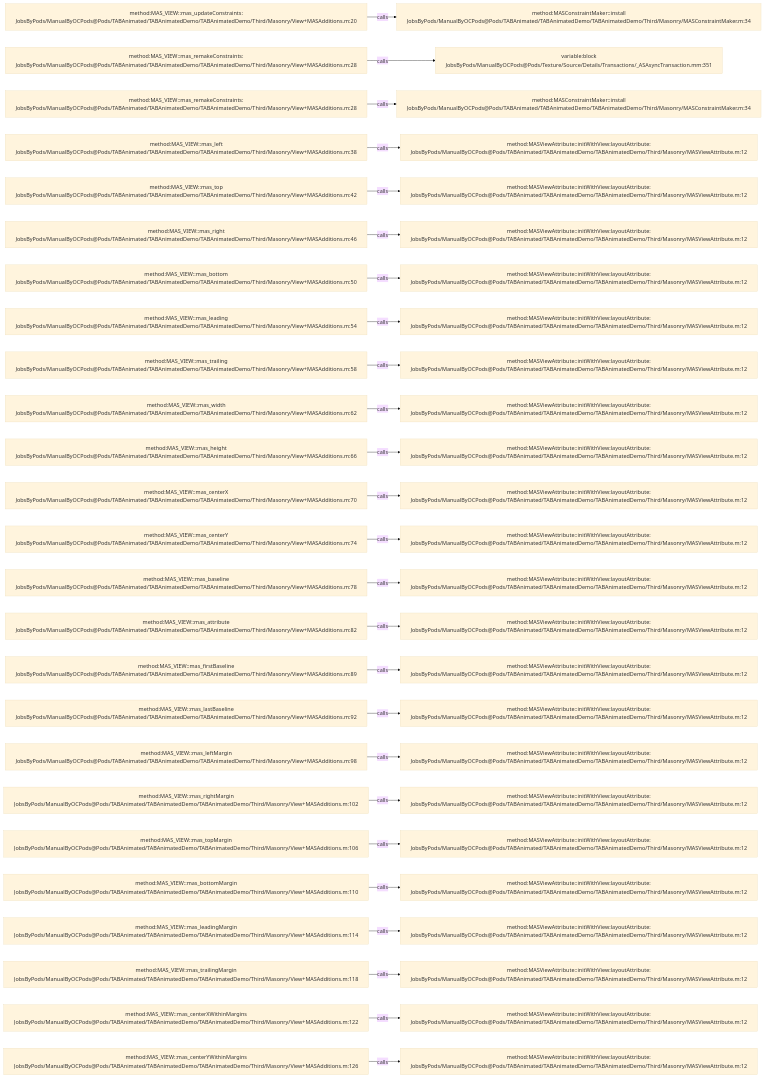
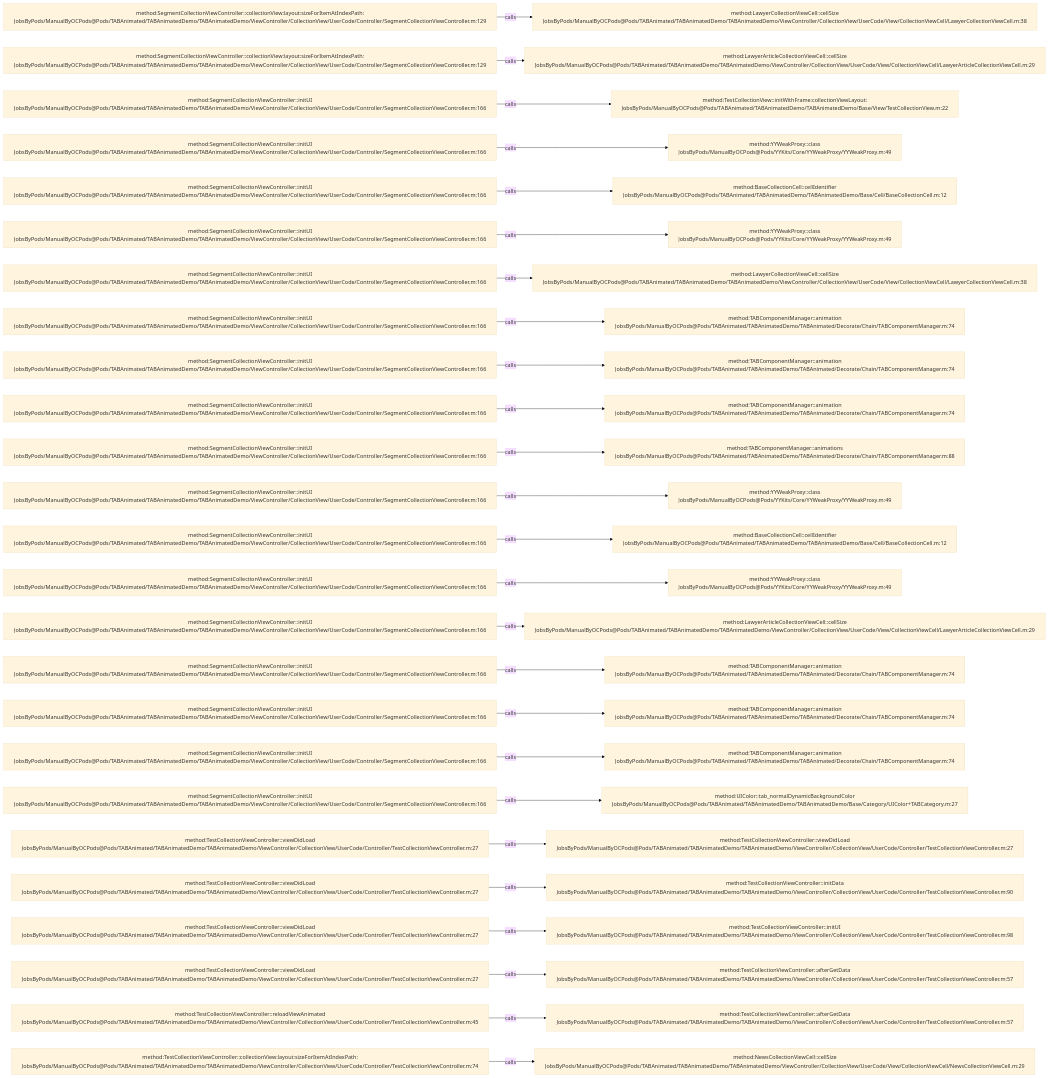
One commit to JobsKits/JobsOCBaseConfigDemo changed the diagram in .codegraph/codegraph.md/graphs/calls-044.md. Above: the diagram before and after it, drawn with Mermaid (base theme). The commit also changed 1448 other files, not shown here.

````diff
--- a/.codegraph/codegraph.md/graphs/calls-044.md
+++ b/.codegraph/codegraph.md/graphs/calls-044.md
@@ -13,78 +13,78 @@
 ```mermaid
 flowchart LR
-  S1["method:MAS_VIEW::mas_updateConstraints:<br/>JobsByPods/ManualByOCPods@Pods/TABAnimated/TABAnimatedDemo/TABAnimatedDemo/Third/Masonry/View+MASAdditions.m:20"]
-  T1["method:MASConstraintMaker::install<br/>JobsByPods/ManualByOCPods@Pods/TABAnimated/TABAnimatedDemo/TABAnimatedDemo/Third/Masonry/MASConstraintMaker.m:34"]
+  S1["method:SegmentCollectionViewController::collectionView:layout:sizeForItemAtIndexPath:<br/>JobsByPods/ManualByOCPods@Pods/TABAnimated/TABAnimatedDemo/TABAnimatedDemo/ViewController/CollectionView/UserCode/Controller/SegmentCollectionViewController.m:129"]
+  T1["method:LawyerCollectionViewCell::cellSize<br/>JobsByPods/ManualByOCPods@Pods/TABAnimated/TABAnimatedDemo/TABAnimatedDemo/ViewController/CollectionView/UserCode/View/CollectionViewCell/LawyerCollectionViewCell.m:38"]
   S1 -->|calls| T1
-  S2["method:MAS_VIEW::mas_remakeConstraints:<br/>JobsByPods/ManualByOCPods@Pods/TABAnimated/TABAnimatedDemo/TABAnimatedDemo/Third/Masonry/View+MASAdditions.m:28"]
-  T2["variable:block<br/>JobsByPods/ManualByOCPods@Pods/Texture/Source/Details/Transactions/_ASAsyncTransaction.mm:351"]
+  S2["method:SegmentCollectionViewController::collectionView:layout:sizeForItemAtIndexPath:<br/>JobsByPods/ManualByOCPods@Pods/TABAnimated/TABAnimatedDemo/TABAnimatedDemo/ViewController/CollectionView/UserCode/Controller/SegmentCollectionViewController.m:129"]
+  T2["method:LawyerArticleCollectionViewCell::cellSize<br/>JobsByPods/ManualByOCPods@Pods/TABAnimated/TABAnimatedDemo/TABAnimatedDemo/ViewController/CollectionView/UserCode/View/CollectionViewCell/LawyerArticleCollectionViewCell.m:29"]
   S2 -->|calls| T2
-  S3["method:MAS_VIEW::mas_remakeConstraints:<br/>JobsByPods/ManualByOCPods@Pods/TABAnimated/TABAnimatedDemo/TABAnimatedDemo/Third/Masonry/View+MASAdditions.m:28"]
-  T3["method:MASConstraintMaker::install<br/>JobsByPods/ManualByOCPods@Pods/TABAnimated/TABAnimatedDemo/TABAnimatedDemo/Third/Masonry/MASConstraintMaker.m:34"]
+  S3["method:SegmentCollectionViewController::initUI<br/>JobsByPods/ManualByOCPods@Pods/TABAnimated/TABAnimatedDemo/TABAnimatedDemo/ViewController/CollectionView/UserCode/Controller/SegmentCollectionViewController.m:166"]
+  T3["method:TestCollectionView::initWithFrame:collectionViewLayout:<br/>JobsByPods/ManualByOCPods@Pods/TABAnimated/TABAnimatedDemo/TABAnimatedDemo/Base/View/TestCollectionView.m:22"]
   S3 -->|calls| T3
-  S4["method:MAS_VIEW::mas_left<br/>JobsByPods/ManualByOCPods@Pods/TABAnimated/TABAnimatedDemo/TABAnimatedDemo/Third/Masonry/View+MASAdditions.m:38"]
-  T4["method:MASViewAttribute::initWithView:layoutAttribute:<br/>JobsByPods/ManualByOCPods@Pods/TABAnimated/TABAnimatedDemo/TABAnimatedDemo/Third/Masonry/MASViewAttribute.m:12"]
+  S4["method:SegmentCollectionViewController::initUI<br/>JobsByPods/ManualByOCPods@Pods/TABAnimated/TABAnimatedDemo/TABAnimatedDemo/ViewController/CollectionView/UserCode/Controller/SegmentCollectionViewController.m:166"]
+  T4["method:YYWeakProxy::class<br/>JobsByPods/ManualByOCPods@Pods/YYKits/Core/YYWeakProxy/YYWeakProxy.m:49"]
   S4 -->|calls| T4
-  S5["method:MAS_VIEW::mas_top<br/>JobsByPods/ManualByOCPods@Pods/TABAnimated/TABAnimatedDemo/TABAnimatedDemo/Third/Masonry/View+MASAdditions.m:42"]
-  T5["method:MASViewAttribute::initWithView:layoutAttribute:<br/>JobsByPods/ManualByOCPods@Pods/TABAnimated/TABAnimatedDemo/TABAnimatedDemo/Third/Masonry/MASViewAttribute.m:12"]
+  S5["method:SegmentCollectionViewController::initUI<br/>JobsByPods/ManualByOCPods@Pods/TABAnimated/TABAnimatedDemo/TABAnimatedDemo/ViewController/CollectionView/UserCode/Controller/SegmentCollectionViewController.m:166"]
+  T5["method:BaseCollectionCell::cellIdentifier<br/>JobsByPods/ManualByOCPods@Pods/TABAnimated/TABAnimatedDemo/TABAnimatedDemo/Base/Cell/BaseCollectionCell.m:12"]
   S5 -->|calls| T5
-  S6["method:MAS_VIEW::mas_right<br/>JobsByPods/ManualByOCPods@Pods/TABAnimated/TABAnimatedDemo/TABAnimatedDemo/Third/Masonry/View+MASAdditions.m:46"]
-  T6["method:MASViewAttribute::initWithView:layoutAttribute:<br/>JobsByPods/ManualByOCPods@Pods/TABAnimated/TABAnimatedDemo/TABAnimatedDemo/Third/Masonry/MASViewAttribute.m:12"]
+  S6["method:SegmentCollectionViewController::initUI<br/>JobsByPods/ManualByOCPods@Pods/TABAnimated/TABAnimatedDemo/TABAnimatedDemo/ViewController/CollectionView/UserCode/Controller/SegmentCollectionViewController.m:166"]
+  T6["method:YYWeakProxy::class<br/>JobsByPods/ManualByOCPods@Pods/YYKits/Core/YYWeakProxy/YYWeakProxy.m:49"]
   S6 -->|calls| T6
-  S7["method:MAS_VIEW::mas_bottom<br/>JobsByPods/ManualByOCPods@Pods/TABAnimated/TABAnimatedDemo/TABAnimatedDemo/Third/Masonry/View+MASAdditions.m:50"]
-  T7["method:MASViewAttribute::initWithView:layoutAttribute:<br/>JobsByPods/ManualByOCPods@Pods/TABAnimated/TABAnimatedDemo/TABAnimatedDemo/Third/Masonry/MASViewAttribute.m:12"]
+  S7["method:SegmentCollectionViewController::initUI<br/>JobsByPods/ManualByOCPods@Pods/TABAnimated/TABAnimatedDemo/TABAnimatedDemo/ViewController/CollectionView/UserCode/Controller/SegmentCollectionViewController.m:166"]
+  T7["method:LawyerCollectionViewCell::cellSize<br/>JobsByPods/ManualByOCPods@Pods/TABAnimated/TABAnimatedDemo/TABAnimatedDemo/ViewController/CollectionView/UserCode/View/CollectionViewCell/LawyerCollectionViewCell.m:38"]
   S7 -->|calls| T7
-  S8["method:MAS_VIEW::mas_leading<br/>JobsByPods/ManualByOCPods@Pods/TABAnimated/TABAnimatedDemo/TABAnimatedDemo/Third/Masonry/View+MASAdditions.m:54"]
-  T8["method:MASViewAttribute::initWithView:layoutAttribute:<br/>JobsByPods/ManualByOCPods@Pods/TABAnimated/TABAnimatedDemo/TABAnimatedDemo/Third/Masonry/MASViewAttribute.m:12"]
+  S8["method:SegmentCollectionViewController::initUI<br/>JobsByPods/ManualByOCPods@Pods/TABAnimated/TABAnimatedDemo/TABAnimatedDemo/ViewController/CollectionView/UserCode/Controller/SegmentCollectionViewController.m:166"]
+  T8["method:TABComponentManager::animation<br/>JobsByPods/ManualByOCPods@Pods/TABAnimated/TABAnimatedDemo/TABAnimated/Decorate/Chain/TABComponentManager.m:74"]
   S8 -->|calls| T8
-  S9["method:MAS_VIEW::mas_trailing<br/>JobsByPods/ManualByOCPods@Pods/TABAnimated/TABAnimatedDemo/TABAnimatedDemo/Third/Masonry/View+MASAdditions.m:58"]
-  T9["method:MASViewAttribute::initWithView:layoutAttribute:<br/>JobsByPods/ManualByOCPods@Pods/TABAnimated/TABAnimatedDemo/TABAnimatedDemo/Third/Masonry/MASViewAttribute.m:12"]
+  S9["method:SegmentCollectionViewController::initUI<br/>JobsByPods/ManualByOCPods@Pods/TABAnimated/TABAnimatedDemo/TABAnimatedDemo/ViewController/CollectionView/UserCode/Controller/SegmentCollectionViewController.m:166"]
+  T9["method:TABComponentManager::animation<br/>JobsByPods/ManualByOCPods@Pods/TABAnimated/TABAnimatedDemo/TABAnimated/Decorate/Chain/TABComponentManager.m:74"]
   S9 -->|calls| T9
-  S10["method:MAS_VIEW::mas_width<br/>JobsByPods/ManualByOCPods@Pods/TABAnimated/TABAnimatedDemo/TABAnimatedDemo/Third/Masonry/View+MASAdditions.m:62"]
-  T10["method:MASViewAttribute::initWithView:layoutAttribute:<br/>JobsByPods/ManualByOCPods@Pods/TABAnimated/TABAnimatedDemo/TABAnimatedDemo/Third/Masonry/MASViewAttribute.m:12"]
+  S10["method:SegmentCollectionViewController::initUI<br/>JobsByPods/ManualByOCPods@Pods/TABAnimated/TABAnimatedDemo/TABAnimatedDemo/ViewController/CollectionView/UserCode/Controller/SegmentCollectionViewController.m:166"]
+  T10["method:TABComponentManager::animation<br/>JobsByPods/ManualByOCPods@Pods/TABAnimated/TABAnimatedDemo/TABAnimated/Decorate/Chain/TABComponentManager.m:74"]
   S10 -->|calls| T10
-  S11["method:MAS_VIEW::mas_height<br/>JobsByPods/ManualByOCPods@Pods/TABAnimated/TABAnimatedDemo/TABAnimatedDemo/Third/Masonry/View+MASAdditions.m:66"]
-  T11["method:MASViewAttribute::initWithView:layoutAttribute:<br/>JobsByPods/ManualByOCPods@Pods/TABAnimated/TABAnimatedDemo/TABAnimatedDemo/Third/Masonry/MASViewAttribute.m:12"]
+  S11["method:SegmentCollectionViewController::initUI<br/>JobsByPods/ManualByOCPods@Pods/TABAnimated/TABAnimatedDemo/TABAnimatedDemo/ViewController/CollectionView/UserCode/Controller/SegmentCollectionViewController.m:166"]
+  T11["method:TABComponentManager::animations<br/>JobsByPods/ManualByOCPods@Pods/TABAnimated/TABAnimatedDemo/TABAnimated/Decorate/Chain/TABComponentManager.m:88"]
   S11 -->|calls| T11
-  S12["method:MAS_VIEW::mas_centerX<br/>JobsByPods/ManualByOCPods@Pods/TABAnimated/TABAnimatedDemo/TABAnimatedDemo/Third/Masonry/View+MASAdditions.m:70"]
-  T12["method:MASViewAttribute::initWithView:layoutAttribute:<br/>JobsByPods/ManualByOCPods@Pods/TABAnimated/TABAnimatedDemo/TABAnimatedDemo/Third/Masonry/MASViewAttribute.m:12"]
+  S12["method:SegmentCollectionViewController::initUI<br/>JobsByPods/ManualByOCPods@Pods/TABAnimated/TABAnimatedDemo/TABAnimatedDemo/ViewController/CollectionView/UserCode/Controller/SegmentCollectionViewController.m:166"]
+  T12["method:YYWeakProxy::class<br/>JobsByPods/ManualByOCPods@Pods/YYKits/Core/YYWeakProxy/YYWeakProxy.m:49"]
   S12 -->|calls| T12
-  S13["method:MAS_VIEW::mas_centerY<br/>JobsByPods/ManualByOCPods@Pods/TABAnimated/TABAnimatedDemo/TABAnimatedDemo/Third/Masonry/View+MASAdditions.m:74"]
-  T13["method:MASViewAttribute::initWithView:layoutAttribute:<br/>JobsByPods/ManualByOCPods@Pods/TABAnimated/TABAnimatedDemo/TABAnimatedDemo/Third/Masonry/MASViewAttribute.m:12"]
+  S13["method:SegmentCollectionViewController::initUI<br/>JobsByPods/ManualByOCPods@Pods/TABAnimated/TABAnimatedDemo/TABAnimatedDemo/ViewController/CollectionView/UserCode/Controller/SegmentCollectionViewController.m:166"]
+  T13["method:BaseCollectionCell::cellIdentifier<br/>JobsByPods/ManualByOCPods@Pods/TABAnimated/TABAnimatedDemo/TABAnimatedDemo/Base/Cell/BaseCollectionCell.m:12"]
   S13 -->|calls| T13
-  S14["method:MAS_VIEW::mas_baseline<br/>JobsByPods/ManualByOCPods@Pods/TABAnimated/TABAnimatedDemo/TABAnimatedDemo/Third/Masonry/View+MASAdditions.m:78"]
-  T14["method:MASViewAttribute::initWithView:layoutAttribute:<br/>JobsByPods/ManualByOCPods@Pods/TABAnimated/TABAnimatedDemo/TABAnimatedDemo/Third/Masonry/MASViewAttribute.m:12"]
+  S14["method:SegmentCollectionViewController::initUI<br/>JobsByPods/ManualByOCPods@Pods/TABAnimated/TABAnimatedDemo/TABAnimatedDemo/ViewController/CollectionView/UserCode/Controller/SegmentCollectionViewController.m:166"]
+  T14["method:YYWeakProxy::class<br/>JobsByPods/ManualByOCPods@Pods/YYKits/Core/YYWeakProxy/YYWeakProxy.m:49"]
   S14 -->|calls| T14
-  S15["method:MAS_VIEW::mas_attribute<br/>JobsByPods/ManualByOCPods@Pods/TABAnimated/TABAnimatedDemo/TABAnimatedDemo/Third/Masonry/View+MASAdditions.m:82"]
-  T15["method:MASViewAttribute::initWithView:layoutAttribute:<br/>JobsByPods/ManualByOCPods@Pods/TABAnimated/TABAnimatedDemo/TABAnimatedDemo/Third/Masonry/MASViewAttribute.m:12"]
+  S15["method:SegmentCollectionViewController::initUI<br/>JobsByPods/ManualByOCPods@Pods/TABAnimated/TABAnimatedDemo/TABAnimatedDemo/ViewController/CollectionView/UserCode/Controller/SegmentCollectionViewController.m:166"]
+  T15["method:LawyerArticleCollectionViewCell::cellSize<br/>JobsByPods/ManualByOCPods@Pods/TABAnimated/TABAnimatedDemo/TABAnimatedDemo/ViewController/CollectionView/UserCode/View/CollectionViewCell/LawyerArticleCollectionViewCell.m:29"]
   S15 -->|calls| T15
-  S16["method:MAS_VIEW::mas_firstBaseline<br/>JobsByPods/ManualByOCPods@Pods/TABAnimated/TABAnimatedDemo/TABAnimatedDemo/Third/Masonry/View+MASAdditions.m:89"]
-  T16["method:MASViewAttribute::initWithView:layoutAttribute:<br/>JobsByPods/ManualByOCPods@Pods/TABAnimated/TABAnimatedDemo/TABAnimatedDemo/Third/Masonry/MASViewAttribute.m:12"]
+  S16["method:SegmentCollectionViewController::initUI<br/>JobsByPods/ManualByOCPods@Pods/TABAnimated/TABAnimatedDemo/TABAnimatedDemo/ViewController/CollectionView/UserCode/Controller/SegmentCollectionViewController.m:166"]
+  T16["method:TABComponentManager::animation<br/>JobsByPods/ManualByOCPods@Pods/TABAnimated/TABAnimatedDemo/TABAnimated/Decorate/Chain/TABComponentManager.m:74"]
   S16 -->|calls| T16
-  S17["method:MAS_VIEW::mas_lastBaseline<br/>JobsByPods/ManualByOCPods@Pods/TABAnimated/TABAnimatedDemo/TABAnimatedDemo/Third/Masonry/View+MASAdditions.m:92"]
-  T17["method:MASViewAttribute::initWithView:layoutAttribute:<br/>JobsByPods/ManualByOCPods@Pods/TABAnimated/TABAnimatedDemo/TABAnimatedDemo/Third/Masonry/MASViewAttribute.m:12"]
+  S17["method:SegmentCollectionViewController::initUI<br/>JobsByPods/ManualByOCPods@Pods/TABAnimated/TABAnimatedDemo/TABAnimatedDemo/ViewController/CollectionView/UserCode/Controller/SegmentCollectionViewController.m:166"]
+  T17["method:TABComponentManager::animation<br/>JobsByPods/ManualByOCPods@Pods/TABAnimated/TABAnimatedDemo/TABAnimated/Decorate/Chain/TABComponentManager.m:74"]
   S17 -->|calls| T17
-  S18["method:MAS_VIEW::mas_leftMargin<br/>JobsByPods/ManualByOCPods@Pods/TABAnimated/TABAnimatedDemo/TABAnimatedDemo/Third/Masonry/View+MASAdditions.m:98"]
-  T18["method:MASViewAttribute::initWithView:layoutAttribute:<br/>JobsByPods/ManualByOCPods@Pods/TABAnimated/TABAnimatedDemo/TABAnimatedDemo/Third/Masonry/MASViewAttribute.m:12"]
+  S18["method:SegmentCollectionViewController::initUI<br/>JobsByPods/ManualByOCPods@Pods/TABAnimated/TABAnimatedDemo/TABAnimatedDemo/ViewController/CollectionView/UserCode/Controller/SegmentCollectionViewController.m:166"]
+  T18["method:TABComponentManager::animation<br/>JobsByPods/ManualByOCPods@Pods/TABAnimated/TABAnimatedDemo/TABAnimated/Decorate/Chain/TABComponentManager.m:74"]
   S18 -->|calls| T18
-  S19["method:MAS_VIEW::mas_rightMargin<br/>JobsByPods/ManualByOCPods@Pods/TABAnimated/TABAnimatedDemo/TABAnimatedDemo/Third/Masonry/View+MASAdditions.m:102"]
-  T19["method:MASViewAttribute::initWithView:layoutAttribute:<br/>JobsByPods/ManualByOCPods@Pods/TABAnimated/TABAnimatedDemo/TABAnimatedDemo/Third/Masonry/MASViewAttribute.m:12"]
+  S19["method:SegmentCollectionViewController::initUI<br/>JobsByPods/ManualByOCPods@Pods/TABAnimated/TABAnimatedDemo/TABAnimatedDemo/ViewController/CollectionView/UserCode/Controller/SegmentCollectionViewController.m:166"]
+  T19["method:UIColor::tab_normalDynamicBackgroundColor<br/>JobsByPods/ManualByOCPods@Pods/TABAnimated/TABAnimatedDemo/TABAnimatedDemo/Base/Category/UIColor+TABCategory.m:27"]
   S19 -->|calls| T19
-  S20["method:MAS_VIEW::mas_topMargin<br/>JobsByPods/ManualByOCPods@Pods/TABAnimated/TABAnimatedDemo/TABAnimatedDemo/Third/Masonry/View+MASAdditions.m:106"]
-  T20["method:MASViewAttribute::initWithView:layoutAttribute:<br/>JobsByPods/ManualByOCPods@Pods/TABAnimated/TABAnimatedDemo/TABAnimatedDemo/Third/Masonry/MASViewAttribute.m:12"]
+  S20["method:TestCollectionViewController::viewDidLoad<br/>JobsByPods/ManualByOCPods@Pods/TABAnimated/TABAnimatedDemo/TABAnimatedDemo/ViewController/CollectionView/UserCode/Controller/TestCollectionViewController.m:27"]
+  T20["method:TestCollectionViewController::viewDidLoad<br/>JobsByPods/ManualByOCPods@Pods/TABAnimated/TABAnimatedDemo/TABAnimatedDemo/ViewController/CollectionView/UserCode/Controller/TestCollectionViewController.m:27"]
   S20 -->|calls| T20
-  S21["method:MAS_VIEW::mas_bottomMargin<br/>JobsByPods/ManualByOCPods@Pods/TABAnimated/TABAnimatedDemo/TABAnimatedDemo/Third/Masonry/View+MASAdditions.m:110"]
-  T21["method:MASViewAttribute::initWithView:layoutAttribute:<br/>JobsByPods/ManualByOCPods@Pods/TABAnimated/TABAnimatedDemo/TABAnimatedDemo/Third/Masonry/MASViewAttribute.m:12"]
+  S21["method:TestCollectionViewController::viewDidLoad<br/>JobsByPods/ManualByOCPods@Pods/TABAnimated/TABAnimatedDemo/TABAnimatedDemo/ViewController/CollectionView/UserCode/Controller/TestCollectionViewController.m:27"]
+  T21["method:TestCollectionViewController::initData<br/>JobsByPods/ManualByOCPods@Pods/TABAnimated/TABAnimatedDemo/TABAnimatedDemo/ViewController/CollectionView/UserCode/Controller/TestCollectionViewController.m:90"]
   S21 -->|calls| T21
-  S22["method:MAS_VIEW::mas_leadingMargin<br/>JobsByPods/ManualByOCPods@Pods/TABAnimated/TABAnimatedDemo/TABAnimatedDemo/Third/Masonry/View+MASAdditions.m:114"]
-  T22["method:MASViewAttribute::initWithView:layoutAttribute:<br/>JobsByPods/ManualByOCPods@Pods/TABAnimated/TABAnimatedDemo/TABAnimatedDemo/Third/Masonry/MASViewAttribute.m:12"]
+  S22["method:TestCollectionViewController::viewDidLoad<br/>JobsByPods/ManualByOCPods@Pods/TABAnimated/TABAnimatedDemo/TABAnimatedDemo/ViewController/CollectionView/UserCode/Controller/TestCollectionViewController.m:27"]
+  T22["method:TestCollectionViewController::initUI<br/>JobsByPods/ManualByOCPods@Pods/TABAnimated/TABAnimatedDemo/TABAnimatedDemo/ViewController/CollectionView/UserCode/Controller/TestCollectionViewController.m:98"]
   S22 -->|calls| T22
-  S23["method:MAS_VIEW::mas_trailingMargin<br/>JobsByPods/ManualByOCPods@Pods/TABAnimated/TABAnimatedDemo/TABAnimatedDemo/Third/Masonry/View+MASAdditions.m:118"]
-  T23["method:MASViewAttribute::initWithView:layoutAttribute:<br/>JobsByPods/ManualByOCPods@Pods/TABAnimated/TABAnimatedDemo/TABAnimatedDemo/Third/Masonry/MASViewAttribute.m:12"]
+  S23["method:TestCollectionViewController::viewDidLoad<br/>JobsByPods/ManualByOCPods@Pods/TABAnimated/TABAnimatedDemo/TABAnimatedDemo/ViewController/CollectionView/UserCode/Controller/TestCollectionViewController.m:27"]
+  T23["method:TestCollectionViewController::afterGetData<br/>JobsByPods/ManualByOCPods@Pods/TABAnimated/TABAnimatedDemo/TABAnimatedDemo/ViewController/CollectionView/UserCode/Controller/TestCollectionViewController.m:57"]
   S23 -->|calls| T23
-  S24["method:MAS_VIEW::mas_centerXWithinMargins<br/>JobsByPods/ManualByOCPods@Pods/TABAnimated/TABAnimatedDemo/TABAnimatedDemo/Third/Masonry/View+MASAdditions.m:122"]
-  T24["method:MASViewAttribute::initWithView:layoutAttribute:<br/>JobsByPods/ManualByOCPods@Pods/TABAnimated/TABAnimatedDemo/TABAnimatedDemo/Third/Masonry/MASViewAttribute.m:12"]
+  S24["method:TestCollectionViewController::reloadViewAnimated<br/>JobsByPods/ManualByOCPods@Pods/TABAnimated/TABAnimatedDemo/TABAnimatedDemo/ViewController/CollectionView/UserCode/Controller/TestCollectionViewController.m:45"]
+  T24["method:TestCollectionViewController::afterGetData<br/>JobsByPods/ManualByOCPods@Pods/TABAnimated/TABAnimatedDemo/TABAnimatedDemo/ViewController/CollectionView/UserCode/Controller/TestCollectionViewController.m:57"]
   S24 -->|calls| T24
-  S25["method:MAS_VIEW::mas_centerYWithinMargins<br/>JobsByPods/ManualByOCPods@Pods/TABAnimated/TABAnimatedDemo/TABAnimatedDemo/Third/Masonry/View+MASAdditions.m:126"]
-  T25["method:MASViewAttribute::initWithView:layoutAttribute:<br/>JobsByPods/ManualByOCPods@Pods/TABAnimated/TABAnimatedDemo/TABAnimatedDemo/Third/Masonry/MASViewAttribute.m:12"]
+  S25["method:TestCollectionViewController::collectionView:layout:sizeForItemAtIndexPath:<br/>JobsByPods/ManualByOCPods@Pods/TABAnimated/TABAnimatedDemo/TABAnimatedDemo/ViewController/CollectionView/UserCode/Controller/TestCollectionViewController.m:74"]
+  T25["method:NewsCollectionViewCell::cellSize<br/>JobsByPods/ManualByOCPods@Pods/TABAnimated/TABAnimatedDemo/TABAnimatedDemo/ViewController/CollectionView/UserCode/View/CollectionViewCell/NewsCollectionViewCell.m:29"]
   S25 -->|calls| T25
 ```
````
